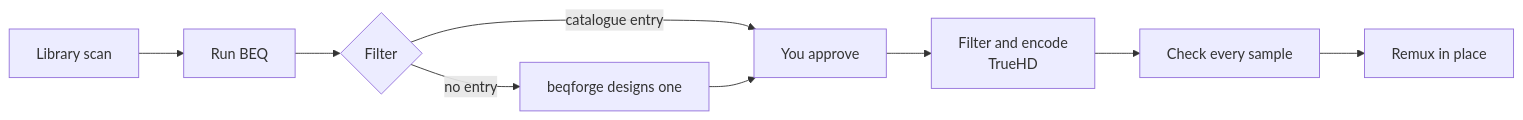
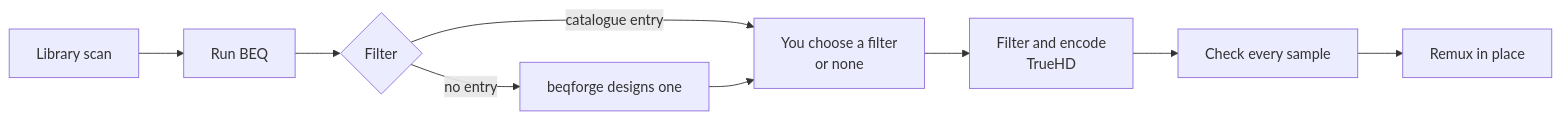
Before and after one commit to RyanMelena/beq-encoder: the diagram in README.md, drawn with Mermaid. The commit also changed other lines of this file and 16 other files, not shown here.

````diff
--- a/README.md
+++ b/README.md
@@ -14,10 +14,10 @@
 ```mermaid
 flowchart LR
     A[Library scan] --> B[Run BEQ]
     B --> C{Filter}
-    C -->|catalogue entry| D[You approve]
+    C -->|catalogue entry| D[You choose a filter<br>or none]
     C -->|no entry| E[beqforge designs one] --> D
     D --> F[Filter and encode<br>TrueHD]
     F --> G[Check every sample]
     G --> H[Remux in place]
 ```
````
